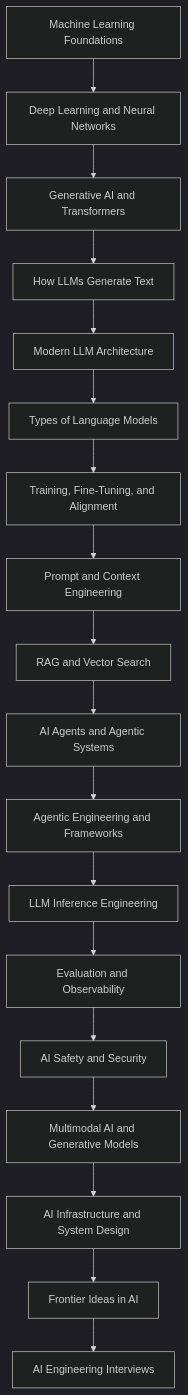
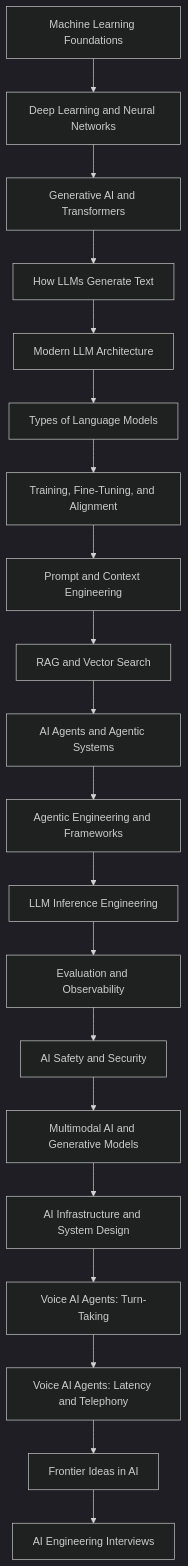
Before and after one commit to amitshekhariitbhu/ai-engineering-course: the diagram in README.md, drawn with Mermaid (dark theme). The commit also changed other lines of this file, not shown here.

````diff
--- a/README.md
+++ b/README.md
@@ -191,20 +196,22 @@
 ```mermaid
 flowchart TD
     A[Machine Learning Foundations] --> B[Deep Learning and Neural Networks]
     B --> C[Generative AI and Transformers]
     C --> D[How LLMs Generate Text]
     D --> E[Modern LLM Architecture]
     E --> F[Types of Language Models]
     F --> G[Training, Fine-Tuning, and Alignment]
     G --> H[Prompt and Context Engineering]
     H --> I[RAG and Vector Search]
     I --> J[AI Agents and Agentic Systems]
     J --> K[Agentic Engineering and Frameworks]
     K --> L[LLM Inference Engineering]
     L --> M[Evaluation and Observability]
     M --> N[AI Safety and Security]
     N --> O[Multimodal AI and Generative Models]
     O --> P[AI Infrastructure and System Design]
-    P --> Q[Frontier Ideas in AI]
+    P --> S[Voice AI Agents: Turn-Taking]
+    S --> T[Voice AI Agents: Latency and Telephony]
+    T --> Q[Frontier Ideas in AI]
     Q --> R[AI Engineering Interviews]
 ```
````
